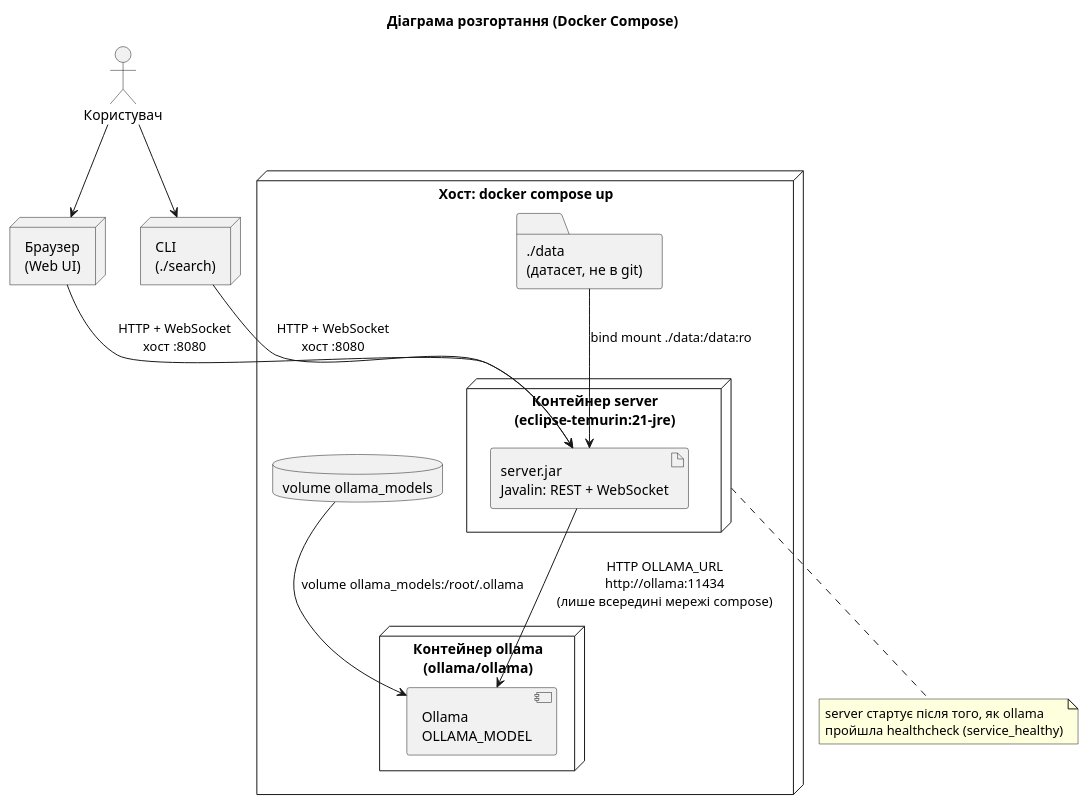
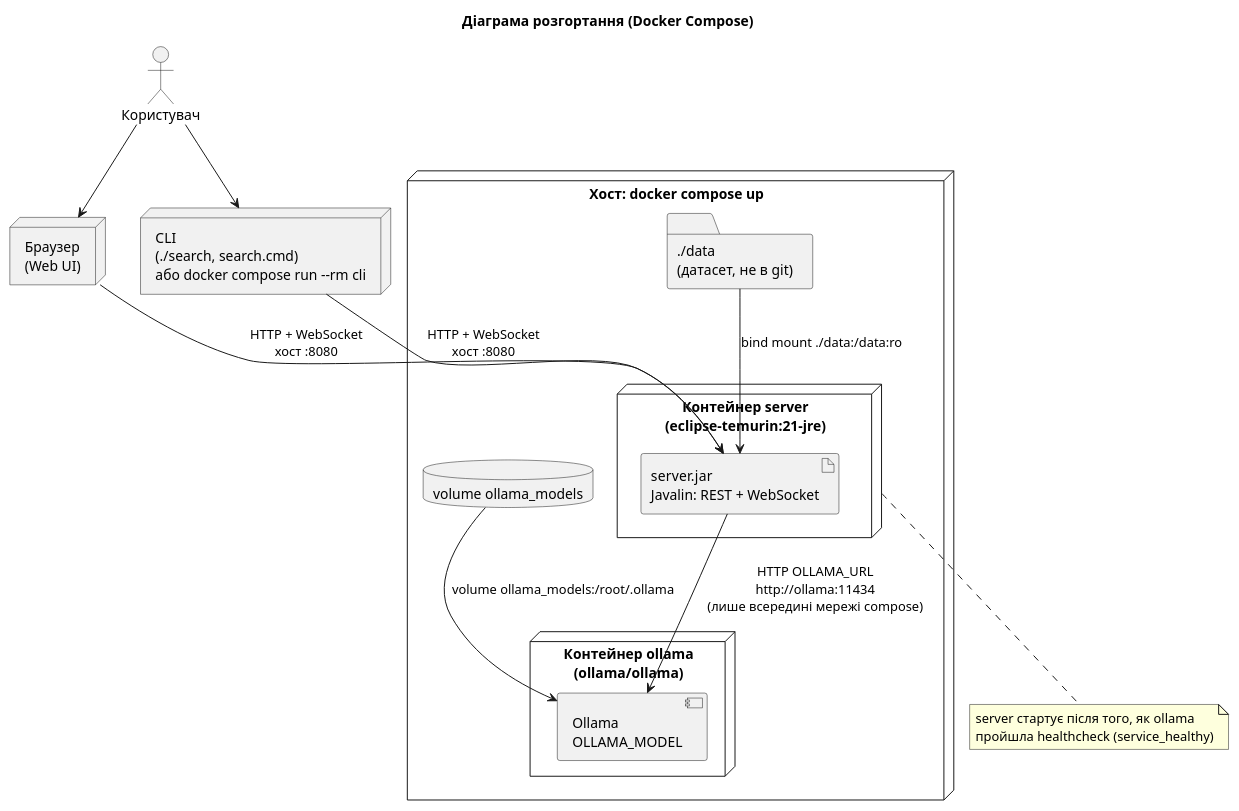
One commit to V-LP/Parallel-Computing-CW changed the diagram in docs/uml/deployment.puml. Above: the diagram before and after it, drawn with PlantUML. The commit also changed 3 other files, not shown here.

Commit message:
docs: describe CLI and update diagrams

```diff
--- a/docs/uml/deployment.puml
+++ b/docs/uml/deployment.puml
@@ -1,36 +1,36 @@
 @startuml deployment
 title Діаграма розгортання (Docker Compose)
 
 skinparam shadowing false
 
 actor "Користувач" as User
 node "Браузер\n(Web UI)" as Browser
-node "CLI\n(./search)" as Cli
+node "CLI\n(./search, search.cmd)\nабо docker compose run --rm cli" as Cli
 
 node "Хост: docker compose up" as Host {
   node "Контейнер server\n(eclipse-temurin:21-jre)" as Server {
     artifact "server.jar\nJavalin: REST + WebSocket" as Jar
   }
   node "Контейнер ollama\n(ollama/ollama)" as OllamaC {
     component "Ollama\nOLLAMA_MODEL" as OllamaApp
   }
   folder "./data\n(датасет, не в git)" as Data
   database "volume ollama_models" as Models
 }
 
 User --> Browser
 User --> Cli
 
 Browser --> Jar : HTTP + WebSocket\nхост :8080
 Cli --> Jar : HTTP + WebSocket\nхост :8080
 
 Jar --> OllamaApp : HTTP OLLAMA_URL\nhttp://ollama:11434\n(лише всередині мережі compose)
 Data --> Jar : bind mount ./data:/data:ro
 Models --> OllamaApp : volume ollama_models:/root/.ollama
 
 note bottom of Server
   server стартує після того, як ollama
   пройшла healthcheck (service_healthy)
 end note
 
 @enduml
```
